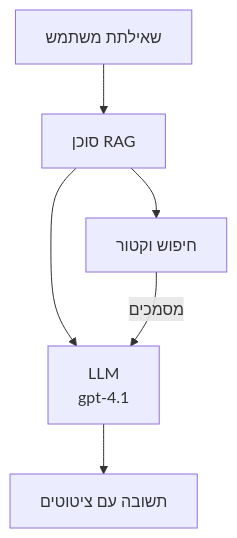
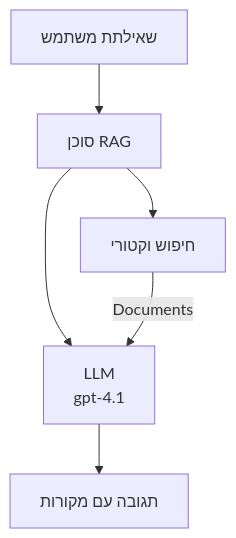
One commit to microsoft/AZD-for-beginners changed the second of 3 diagrams in translations/he/docs/chapter-02-ai-development/agents.md. Above: the diagram before and after it, drawn with Mermaid. The commit also changed other lines of this file and 61 other files, not shown here.

````diff
--- a/translations/he/docs/chapter-02-ai-development/agents.md
+++ b/translations/he/docs/chapter-02-ai-development/agents.md
@@ -181,8 +181,8 @@
 ```mermaid
 graph TD
     Query[שאילתת משתמש] --> RAG[סוכן RAG]
-    RAG --> Vector[חיפוש וקטור]
+    RAG --> Vector[חיפוש וקטורי]
     RAG --> LLM[LLM<br/>gpt-4.1]
-    Vector -- מסמכים --> LLM
-    LLM --> Response[תשובה עם ציטוטים]
+    Vector -- Documents --> LLM
+    LLM --> Response[תגובה עם מקורות]
 ```
````
